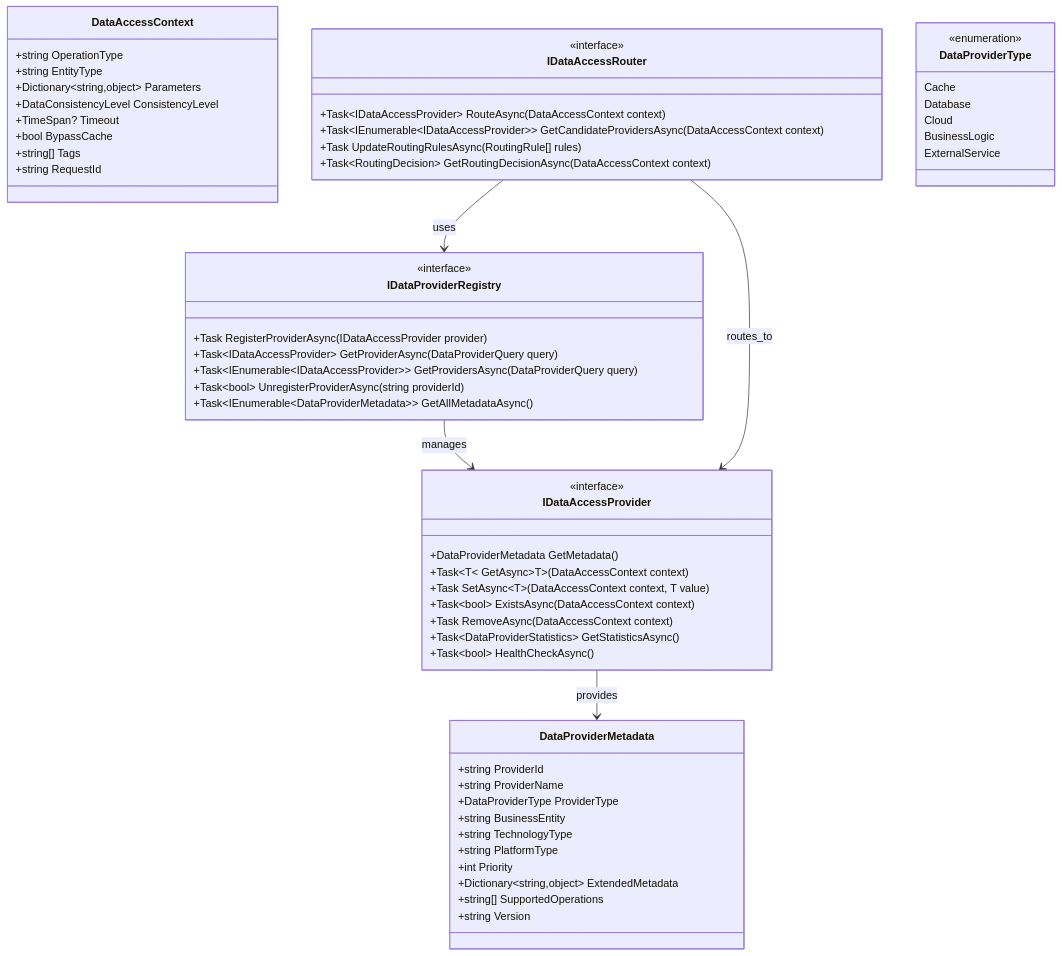
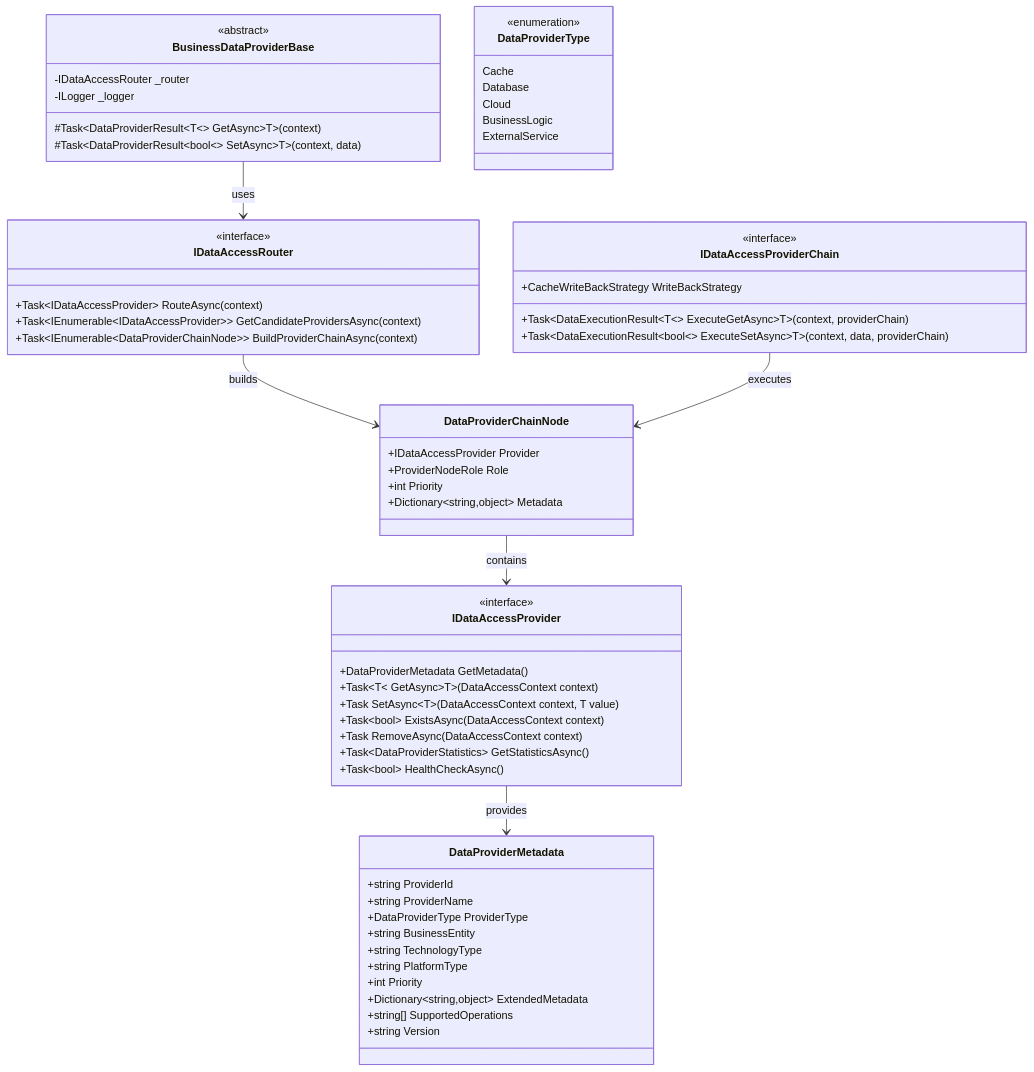
Before and after one commit to lornshrimp/Lorn.ADSP: the second of 15 diagrams in docs_TecDesign/数据访问层技术设计.md, drawn with Mermaid. The commit also changed other lines of this file and 7 other files, not shown here.

First line of the commit message:
feat: Implement BusinessDataProviderBase for unified data access in advertising engine

````diff
--- a/docs_TecDesign/数据访问层技术设计.md
+++ b/docs_TecDesign/数据访问层技术设计.md
@@ -155,68 +155,70 @@
 ```mermaid
 classDiagram
     class IDataAccessProvider {
         <<interface>>
         +DataProviderMetadata GetMetadata()
         +Task~T~ GetAsync~T~(DataAccessContext context)
         +Task SetAsync~T~(DataAccessContext context, T value)
         +Task~bool~ ExistsAsync(DataAccessContext context)
         +Task RemoveAsync(DataAccessContext context)
         +Task~DataProviderStatistics~ GetStatisticsAsync()
         +Task~bool~ HealthCheckAsync()
+    }
+    
+    class IDataAccessProviderChain {
+        <<interface>>
+        +Task~DataExecutionResult~T~~ ExecuteGetAsync~T~(context, providerChain)
+        +Task~DataExecutionResult~bool~~ ExecuteSetAsync~T~(context, data, providerChain)
+        +CacheWriteBackStrategy WriteBackStrategy
+    }
+    
+    class BusinessDataProviderBase {
+        <<abstract>>
+        #Task~DataProviderResult~T~~ GetAsync~T~(context)
+        #Task~DataProviderResult~bool~~ SetAsync~T~(context, data)
+        -IDataAccessRouter _router
+        -ILogger _logger
+    }
+    
+    class IDataAccessRouter {
+        <<interface>>
+        +Task~IDataAccessProvider~ RouteAsync(context)
+        +Task~IEnumerable~IDataAccessProvider~~ GetCandidateProvidersAsync(context)
+        +Task~IEnumerable~DataProviderChainNode~~ BuildProviderChainAsync(context)
+    }
+    
+    class DataProviderChainNode {
+        +IDataAccessProvider Provider
+        +ProviderNodeRole Role
+        +int Priority
+        +Dictionary~string,object~ Metadata
     }
     
     class DataProviderMetadata {
         +string ProviderId
         +string ProviderName
         +DataProviderType ProviderType
         +string BusinessEntity
         +string TechnologyType
         +string PlatformType
         +int Priority
         +Dictionary~string,object~ ExtendedMetadata
         +string[] SupportedOperations
         +string Version
     }
     
-    class DataAccessContext {
-        +string OperationType
-        +string EntityType
-        +Dictionary~string,object~ Parameters
-        +DataConsistencyLevel ConsistencyLevel
-        +TimeSpan? Timeout
-        +bool BypassCache
-        +string[] Tags
-        +string RequestId
-    }
-    
-    class IDataProviderRegistry {
-        <<interface>>
-        +Task RegisterProviderAsync(IDataAccessProvider provider)
-        +Task~IDataAccessProvider~ GetProviderAsync(DataProviderQuery query)
-        +Task~IEnumerable~IDataAccessProvider~~ GetProvidersAsync(DataProviderQuery query)
-        +Task~bool~ UnregisterProviderAsync(string providerId)
-        +Task~IEnumerable~DataProviderMetadata~~ GetAllMetadataAsync()
-    }
-    
-    class IDataAccessRouter {
-        <<interface>>
-        +Task~IDataAccessProvider~ RouteAsync(DataAccessContext context)
-        +Task~IEnumerable~IDataAccessProvider~~ GetCandidateProvidersAsync(DataAccessContext context)
-        +Task UpdateRoutingRulesAsync(RoutingRule[] rules)
-        +Task~RoutingDecision~ GetRoutingDecisionAsync(DataAccessContext context)
-    }
-    
     class DataProviderType {
         <<enumeration>>
         Cache
         Database
         Cloud
         BusinessLogic
         ExternalService
     }
     
+    BusinessDataProviderBase --> IDataAccessRouter : uses
+    IDataAccessRouter --> DataProviderChainNode : builds
+    DataProviderChainNode --> IDataAccessProvider : contains
+    IDataAccessProviderChain --> DataProviderChainNode : executes
     IDataAccessProvider --> DataProviderMetadata : provides
-    IDataProviderRegistry --> IDataAccessProvider : manages
-    IDataAccessRouter --> IDataAccessProvider : routes_to
-    IDataAccessRouter --> IDataProviderRegistry : uses
 ```
````
